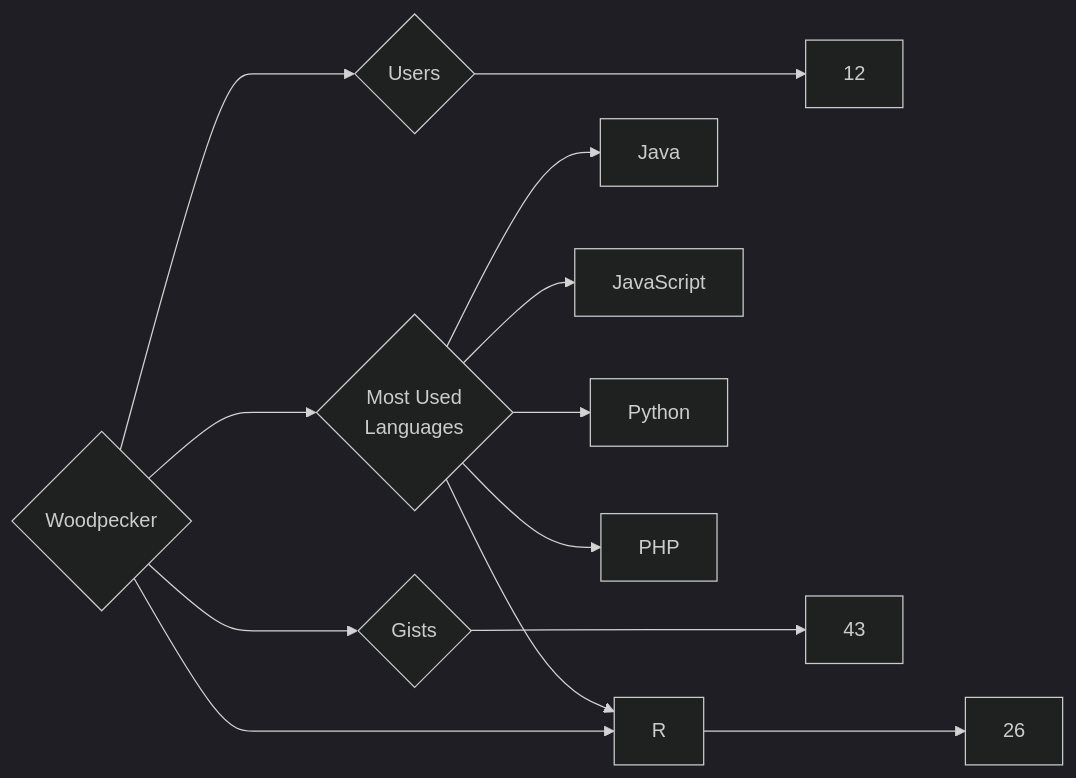
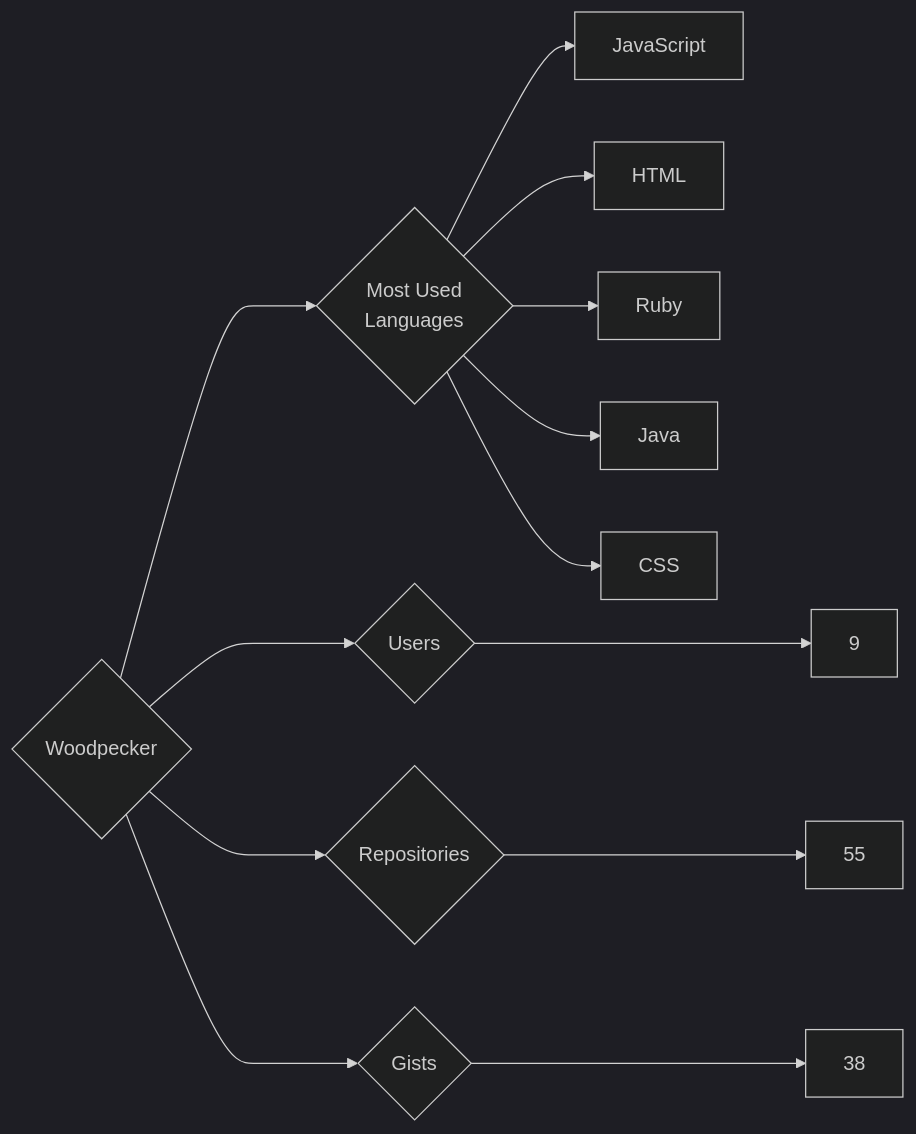
One commit to trickest/insiders changed the diagram in targets/Woodpecker/README.md. Above: the diagram before and after it, drawn with Mermaid (dark theme). The commit also changed 765 other files, not shown here.

````diff
--- a/targets/Woodpecker/README.md
+++ b/targets/Woodpecker/README.md
@@ -3,13 +3,13 @@
 ```mermaid
 graph LR
 COMPANY_NAME{Woodpecker}
-COMPANY_NAME ---> U{Users} ---> UN[12]
-COMPANY_NAME ---> R{Repositories} ---> RN[26]
-COMPANY_NAME ---> G{Gists} ---> GN[43]
+COMPANY_NAME ---> U{Users} ---> UN[9]
+COMPANY_NAME ---> R{Repositories} ---> RN[55]
+COMPANY_NAME ---> G{Gists} ---> GN[38]
 COMPANY_NAME ---> ML{Most Used<br>Languages}
+ML --> JavaScript[JavaScript]
+ML --> HTML[HTML]
+ML --> Ruby[Ruby]
 ML --> Java[Java]
-ML --> JavaScript[JavaScript]
-ML --> Python[Python]
-ML --> R[R]
-ML --> PHP[PHP]
+ML --> CSS[CSS]
 ```
````
